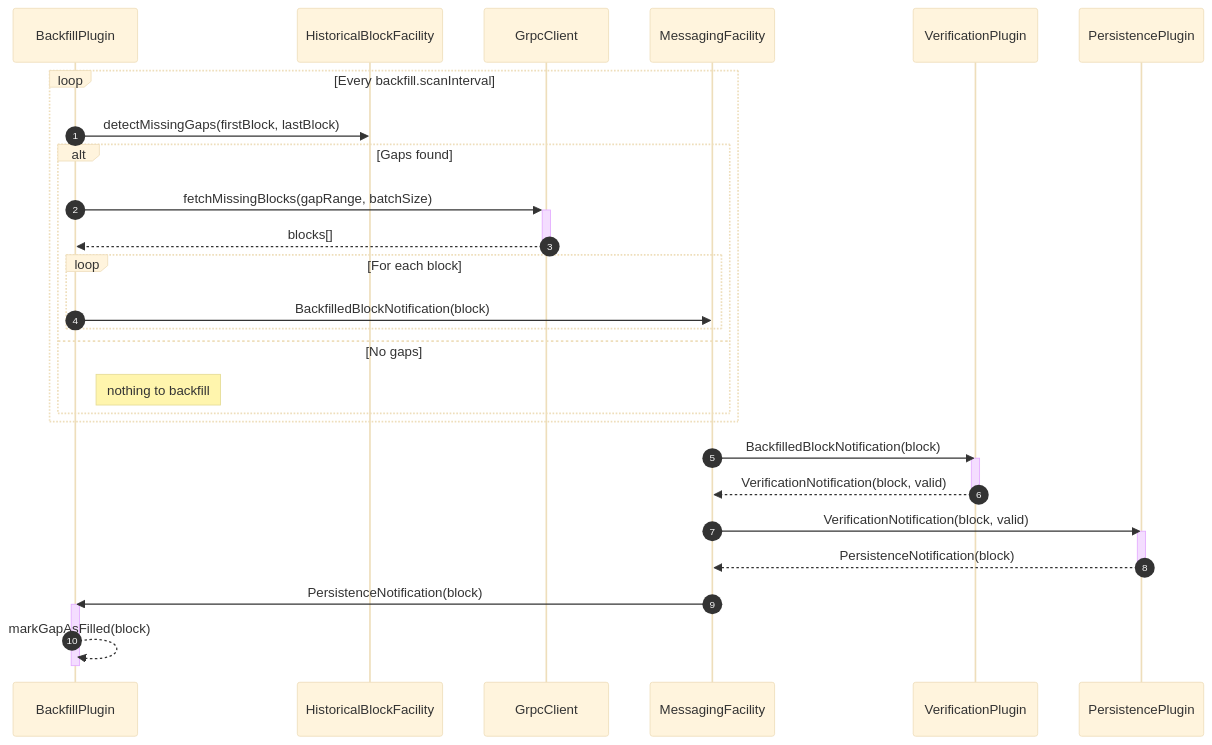
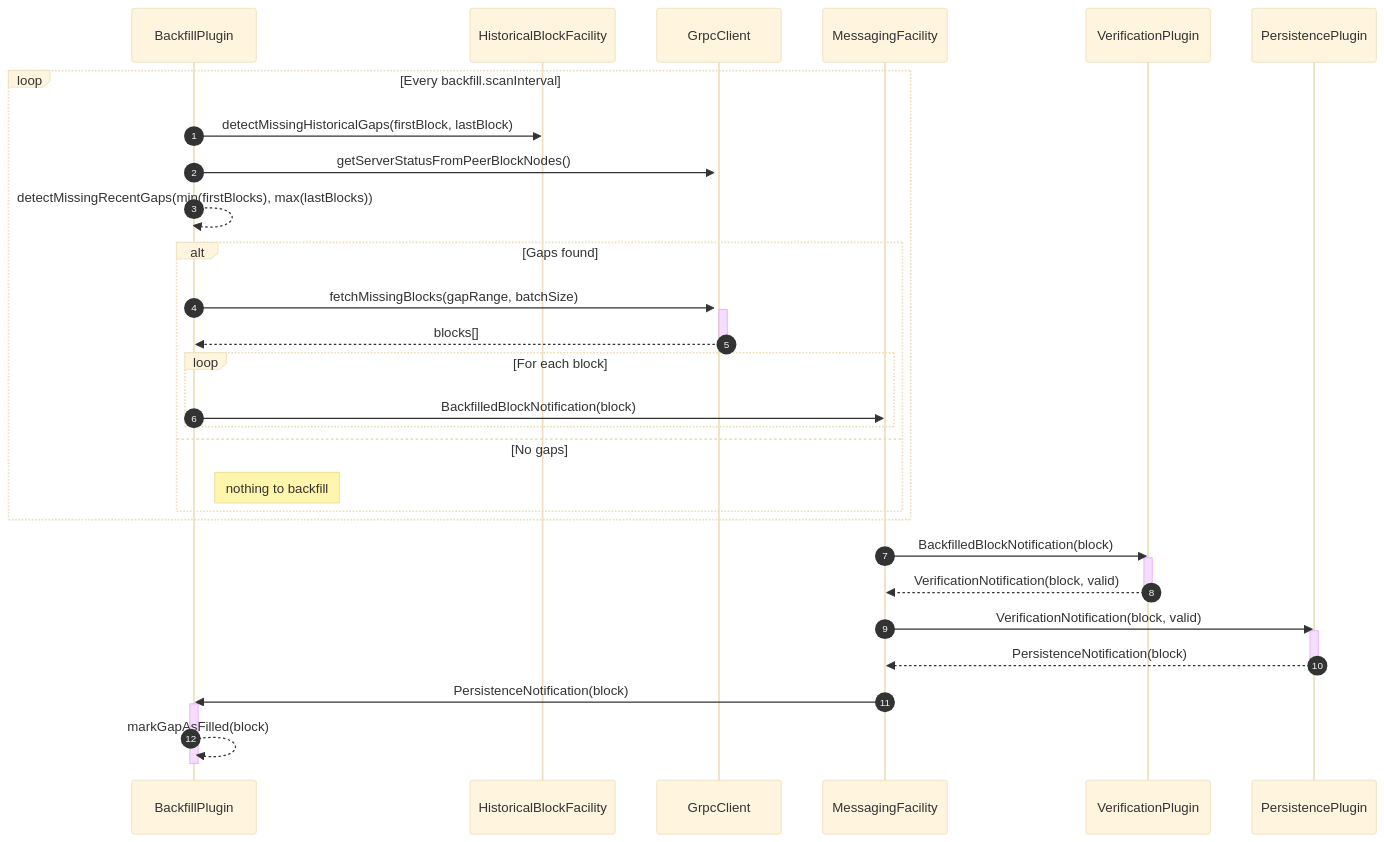
The first of 3 diagrams in docs/design/backfill-plugin.md (hiero-ledger/hiero-block-node), drawn with Mermaid (base theme) before and after one commit. The commit also changed other lines of this file, not shown here.

````diff
--- a/docs/design/backfill-plugin.md
+++ b/docs/design/backfill-plugin.md
@@ -81,42 +90,44 @@
 ```mermaid
 sequenceDiagram
     autonumber
     participant BackfillPlugin
     participant HistoricalBlockFacility
     participant GrpcClient
     participant MessagingFacility
     participant VerificationPlugin
     participant PersistencePlugin
 
     loop Every backfill.scanInterval
-        BackfillPlugin->>HistoricalBlockFacility: detectMissingGaps(firstBlock, lastBlock)
+        BackfillPlugin->>HistoricalBlockFacility: detectMissingHistoricalGaps(firstBlock, lastBlock)
+        BackfillPlugin->>+GrpcClient: getServerStatusFromPeerBlockNodes()
+        BackfillPlugin-->>BackfillPlugin: detectMissingRecentGaps(min(firstBlocks), max(lastBlocks))
         alt Gaps found
             BackfillPlugin->>+GrpcClient: fetchMissingBlocks(gapRange, batchSize)
             GrpcClient-->>-BackfillPlugin: blocks[]
             loop For each block
                 BackfillPlugin->>MessagingFacility: BackfilledBlockNotification(block)
             end
         else No gaps
             Note right of BackfillPlugin: nothing to backfill
         end
     end
 
 %% Verification path
     MessagingFacility->>VerificationPlugin: BackfilledBlockNotification(block)
     activate VerificationPlugin
     VerificationPlugin-->>MessagingFacility: VerificationNotification(block, valid)
     deactivate VerificationPlugin
 
 %% Persistence path
     MessagingFacility->>PersistencePlugin: VerificationNotification(block, valid)
     activate PersistencePlugin
     PersistencePlugin-->>MessagingFacility: PersistenceNotification(block)
     deactivate PersistencePlugin
 
 %% Backfill completion
     MessagingFacility->>BackfillPlugin: PersistenceNotification(block)
     activate BackfillPlugin
     BackfillPlugin-->>BackfillPlugin: markGapAsFilled(block)
     deactivate BackfillPlugin
 
 ```
````
